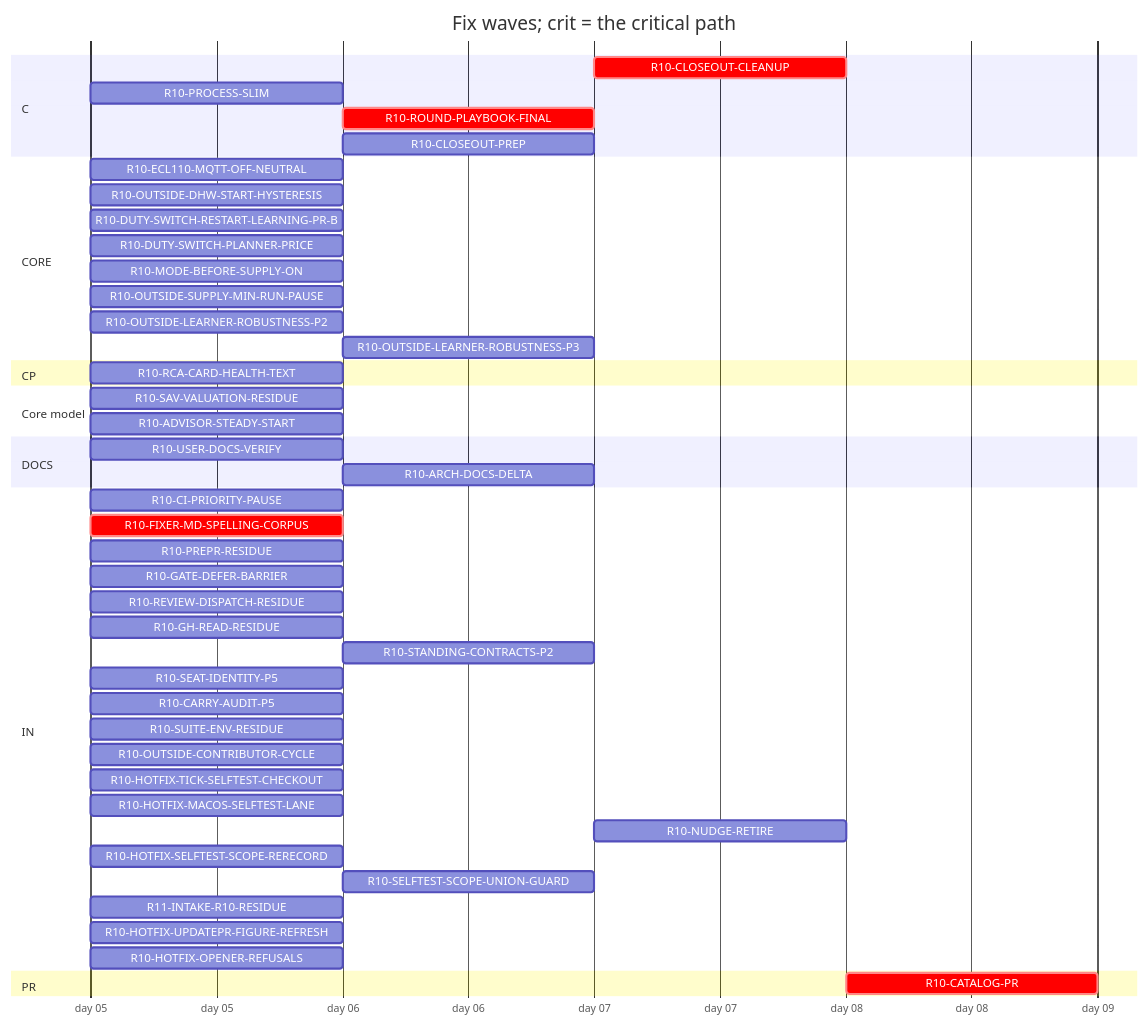
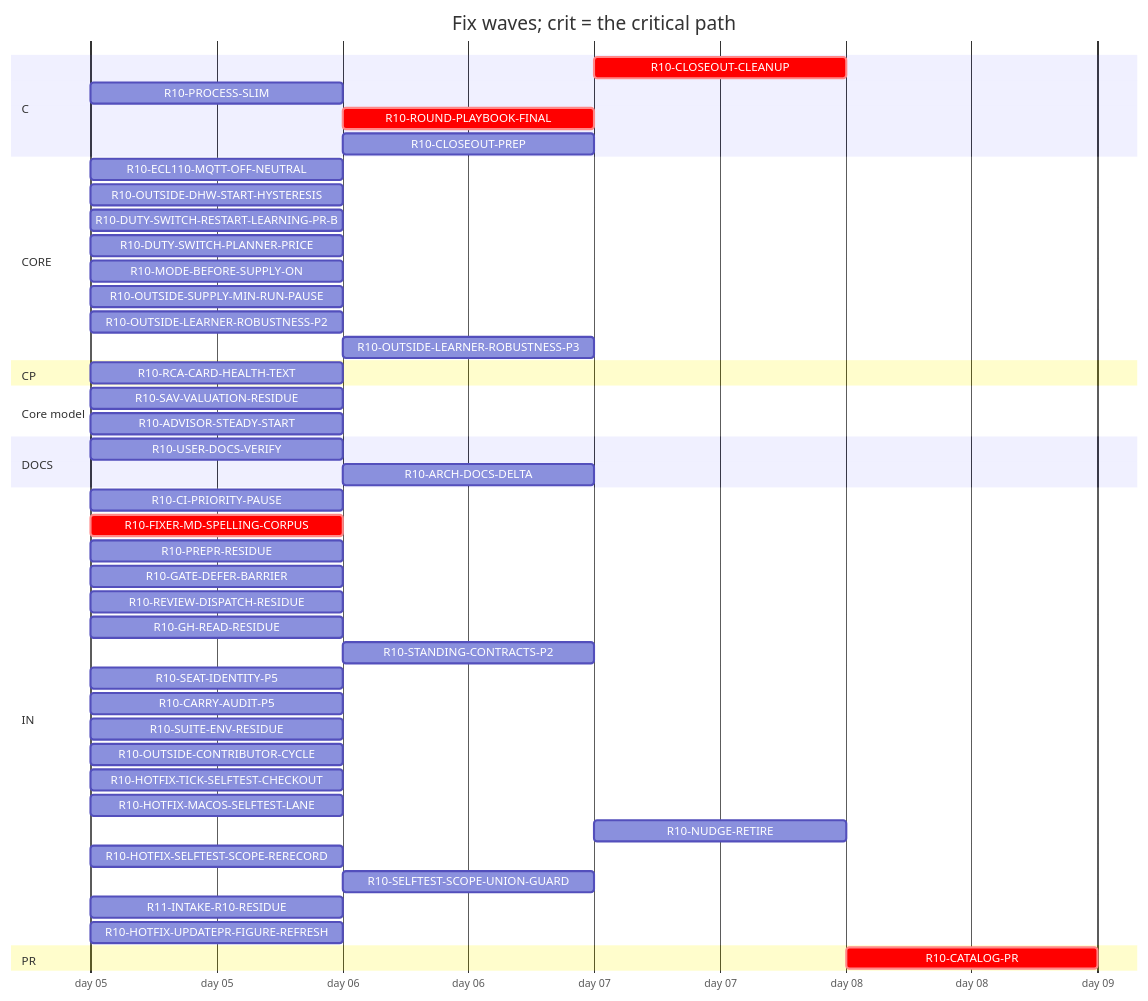
The diagram in handoff/round10/state/PLAN-TABLE.md (tvofi/heatpump_optimizer), drawn with Mermaid before and after one commit. The commit also changed other lines of this file and 3 other files, not shown here.

Commit message:
state: FLOW-BOARD.md, NEXT-SESSION-PROMPT.md, PLAN-TABLE.md, RESUME-CURRENT.md regenerated (state_docs.py)

````diff
--- a/handoff/round10/state/PLAN-TABLE.md
+++ b/handoff/round10/state/PLAN-TABLE.md
@@ -20,50 +20,49 @@
 ```mermaid
 gantt
   title Fix waves; crit = the critical path
   dateFormat YYYY-MM-DD
   axisFormat day %d
   section C
     R10-CLOSEOUT-CLEANUP :crit, r10CLOSEOUTCLEANUP, after r10USERDOCSVERIFY r10ROUNDPLAYBOOKFINAL r10CLOSEOUTPREP r10ARCHDOCSDELTA, 1d
     R10-PROCESS-SLIM :r10PROCESSSLIM, 2026-01-05, 1d
     R10-ROUND-PLAYBOOK-FINAL :crit, r10ROUNDPLAYBOOKFINAL, after r10FIXERMDSPELLINGCORPUS, 1d
     R10-CLOSEOUT-PREP :r10CLOSEOUTPREP, after r10FIXERMDSPELLINGCORPUS, 1d
   section CORE
     R10-ECL110-MQTT-OFF-NEUTRAL :r10ECL110MQTTOFFNEUTRAL, 2026-01-05, 1d
     R10-OUTSIDE-DHW-START-HYSTERESIS :r10OUTSIDEDHWSTARTHYSTERESIS, 2026-01-05, 1d
     R10-DUTY-SWITCH-RESTART-LEARNING-PR-B :r10DUTYSWITCHRESTARTLEARNINGPRB, 2026-01-05, 1d
     R10-DUTY-SWITCH-PLANNER-PRICE :r10DUTYSWITCHPLANNERPRICE, 2026-01-05, 1d
     R10-MODE-BEFORE-SUPPLY-ON :r10MODEBEFORESUPPLYON, 2026-01-05, 1d
     R10-OUTSIDE-SUPPLY-MIN-RUN-PAUSE :r10OUTSIDESUPPLYMINRUNPAUSE, 2026-01-05, 1d
     R10-OUTSIDE-LEARNER-ROBUSTNESS-P2 :r10OUTSIDELEARNERROBUSTNESSP2, 2026-01-05, 1d
     R10-OUTSIDE-LEARNER-ROBUSTNESS-P3 :r10OUTSIDELEARNERROBUSTNESSP3, after r10OUTSIDELEARNERROBUSTNESSP2, 1d
   section CP
     R10-RCA-CARD-HEALTH-TEXT :r10RCACARDHEALTHTEXT, 2026-01-05, 1d
   section Core model
     R10-SAV-VALUATION-RESIDUE :r10SAVVALUATIONRESIDUE, 2026-01-05, 1d
     R10-ADVISOR-STEADY-START :r10ADVISORSTEADYSTART, 2026-01-05, 1d
   section DOCS
     R10-USER-DOCS-VERIFY :r10USERDOCSVERIFY, 2026-01-05, 1d
     R10-ARCH-DOCS-DELTA :r10ARCHDOCSDELTA, after r10SAVVALUATIONRESIDUE r10ADVISORSTEADYSTART r10PROCESSSLIM, 1d
   section IN
     R10-CI-PRIORITY-PAUSE :r10CIPRIORITYPAUSE, 2026-01-05, 1d
     R10-FIXER-MD-SPELLING-CORPUS :crit, r10FIXERMDSPELLINGCORPUS, 2026-01-05, 1d
     R10-PREPR-RESIDUE :r10PREPRRESIDUE, 2026-01-05, 1d
     R10-GATE-DEFER-BARRIER :r10GATEDEFERBARRIER, 2026-01-05, 1d
     R10-REVIEW-DISPATCH-RESIDUE :r10REVIEWDISPATCHRESIDUE, 2026-01-05, 1d
     R10-GH-READ-RESIDUE :r10GHREADRESIDUE, 2026-01-05, 1d
     R10-STANDING-CONTRACTS-P2 :r10STANDINGCONTRACTSP2, after r10FIXERMDSPELLINGCORPUS, 1d
     R10-SEAT-IDENTITY-P5 :r10SEATIDENTITYP5, 2026-01-05, 1d
     R10-CARRY-AUDIT-P5 :r10CARRYAUDITP5, 2026-01-05, 1d
     R10-SUITE-ENV-RESIDUE :r10SUITEENVRESIDUE, 2026-01-05, 1d
     R10-OUTSIDE-CONTRIBUTOR-CYCLE :r10OUTSIDECONTRIBUTORCYCLE, 2026-01-05, 1d
     R10-HOTFIX-TICK-SELFTEST-CHECKOUT :r10HOTFIXTICKSELFTESTCHECKOUT, 2026-01-05, 1d
     R10-HOTFIX-MACOS-SELFTEST-LANE :r10HOTFIXMACOSSELFTESTLANE, 2026-01-05, 1d
     R10-NUDGE-RETIRE :r10NUDGERETIRE, after r10ROUNDPLAYBOOKFINAL, 1d
     R10-HOTFIX-SELFTEST-SCOPE-RERECORD :r10HOTFIXSELFTESTSCOPERERECORD, 2026-01-05, 1d
     R10-SELFTEST-SCOPE-UNION-GUARD :r10SELFTESTSCOPEUNIONGUARD, after r10HOTFIXSELFTESTSCOPERERECORD, 1d
     R11-INTAKE-R10-RESIDUE :r11INTAKER10RESIDUE, 2026-01-05, 1d
     R10-HOTFIX-UPDATEPR-FIGURE-REFRESH :r10HOTFIXUPDATEPRFIGUREREFRESH, 2026-01-05, 1d
-    R10-HOTFIX-OPENER-REFUSALS :r10HOTFIXOPENERREFUSALS, 2026-01-05, 1d
   section PR
     R10-CATALOG-PR :crit, r10CATALOGPR, after r10USERDOCSVERIFY r10ROUNDPLAYBOOKFINAL r10CLOSEOUTCLEANUP r10CLOSEOUTPREP r10ARCHDOCSDELTA, 1d
 ```
````
